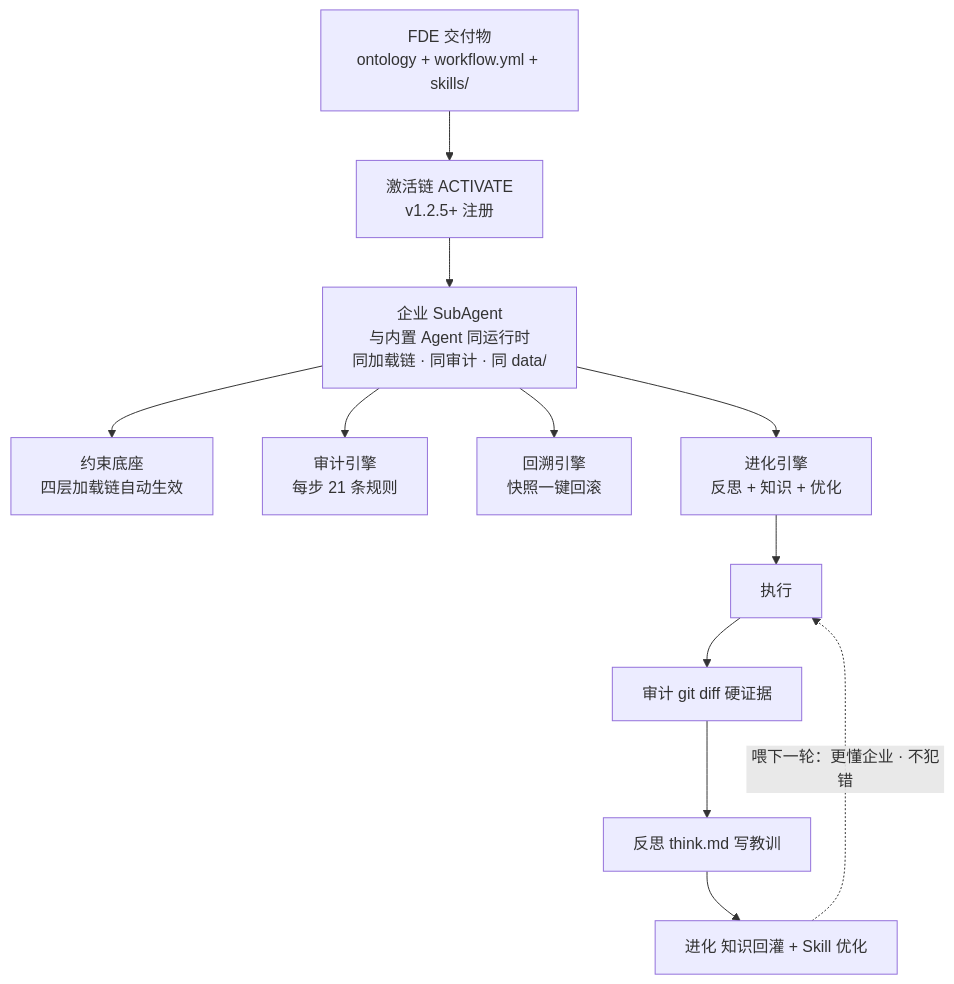
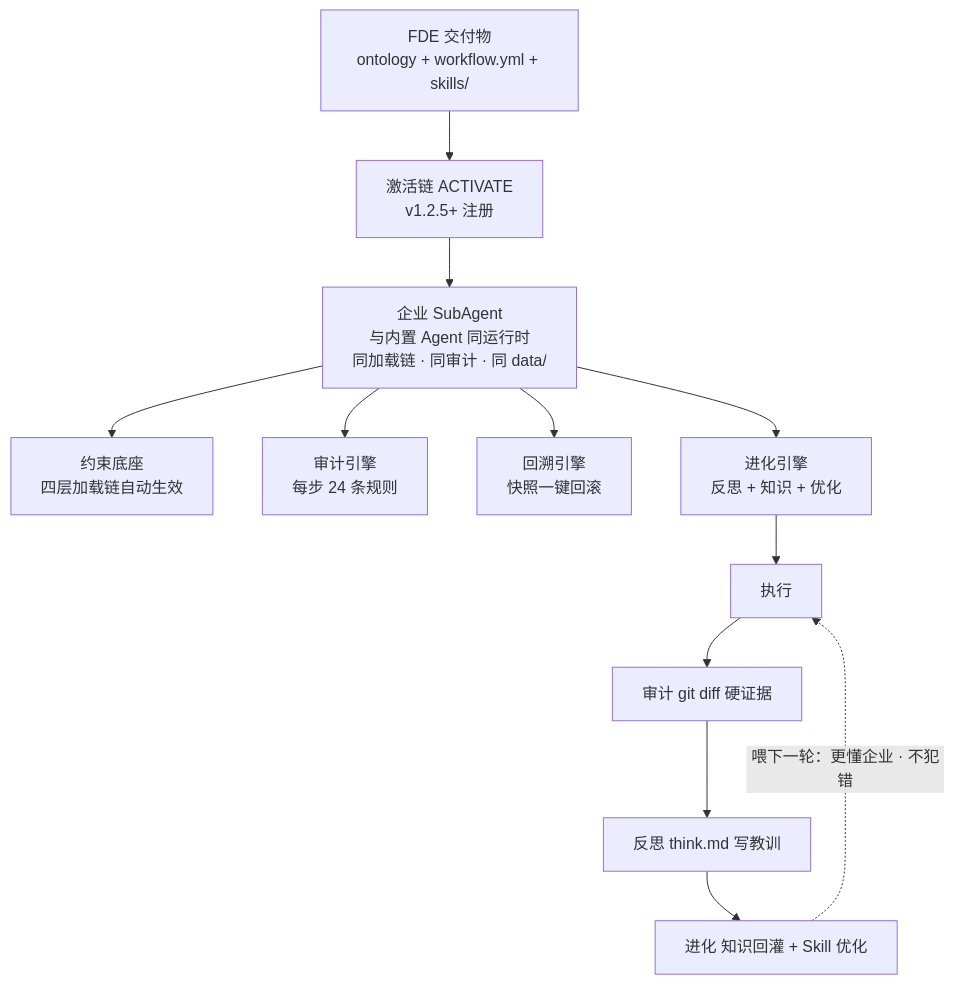
Before and after one commit to KongFangXun/sofagent: the diagram in docs/guides/fde-activation-chain.md, drawn with Mermaid. The commit also changed other lines of this file and 6 other files, not shown here.

````diff
--- a/docs/guides/fde-activation-chain.md
+++ b/docs/guides/fde-activation-chain.md
@@ -618,15 +618,15 @@
 ```mermaid
 flowchart TD
     DELIV[FDE 交付物<br/>ontology + workflow.yml + skills/] --> ACT[激活链 ACTIVATE<br/>v1.2.5+ 注册]
     ACT --> SA[企业 SubAgent<br/>与内置 Agent 同运行时<br/>同加载链 · 同审计 · 同 data/]
     SA --> CB[约束底座<br/>四层加载链自动生效]
-    SA --> AU[审计引擎<br/>每步 21 条规则]
+    SA --> AU[审计引擎<br/>每步 24 条规则]
     SA --> RE[回溯引擎<br/>快照一键回滚]
     SA --> EV[进化引擎<br/>反思 + 知识 + 优化]
 
     EV --> LOOP1[执行]
     LOOP1 --> LOOP2[审计 git diff 硬证据]
     LOOP2 --> LOOP3[反思 think.md 写教训]
     LOOP3 --> LOOP4[进化 知识回灌 + Skill 优化]
     LOOP4 -.->|喂下一轮：更懂企业 · 不犯错| LOOP1
 ```
````
